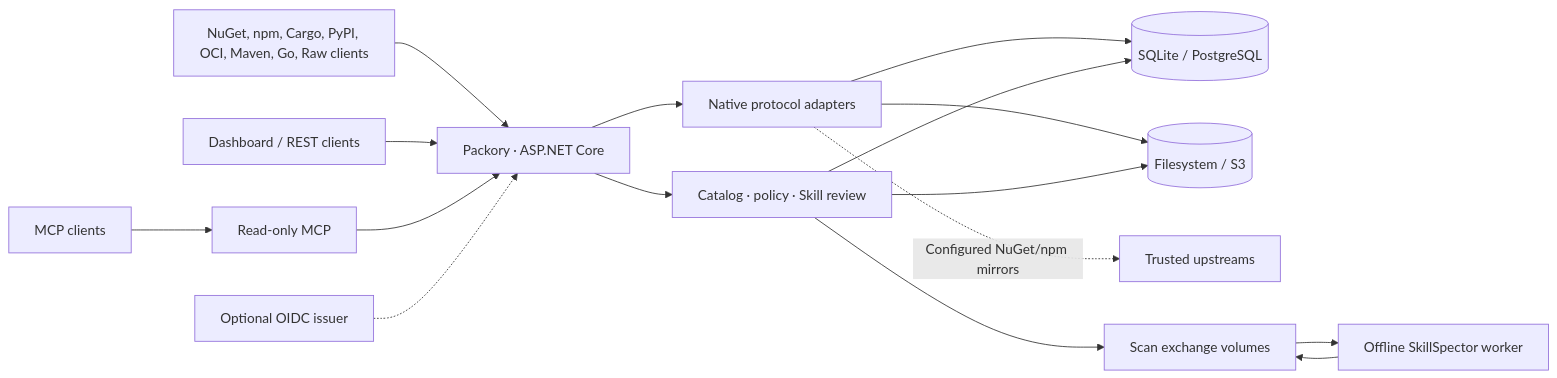
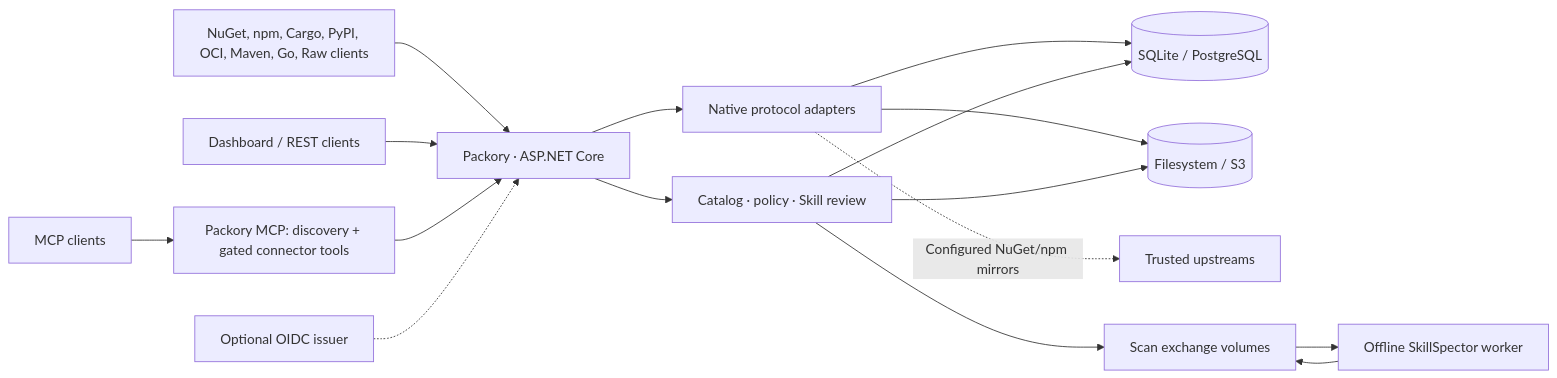
Before and after one commit to Cenn0/Packory: the diagram in README.md, drawn with Mermaid. The commit also changed other lines of this file, not shown here.

Commit message:
docs(mcp): link managed connector feature from public entry points

````diff
--- a/README.md
+++ b/README.md
@@ -107,18 +108,18 @@
 ```mermaid
 flowchart LR
     Native["NuGet, npm, Cargo, PyPI, OCI, Maven, Go, Raw clients"] --> App["Packory · ASP.NET Core"]
     Browser["Dashboard / REST clients"] --> App
-    MCP["MCP clients"] --> API["Read-only MCP"]
+    MCP["MCP clients"] --> API["Packory MCP: discovery + gated connector tools"]
     API --> App
     OIDC["Optional OIDC issuer"] -.-> App
     App --> Registry["Native protocol adapters"]
     App --> Core["Catalog · policy · Skill review"]
     Registry --> DB[("SQLite / PostgreSQL")]
     Core --> DB
     Registry --> Blob[("Filesystem / S3")]
     Core --> Blob
     Registry -. "Configured NuGet/npm mirrors" .-> Upstream["Trusted upstreams"]
     Core --> Exchange["Scan exchange volumes"]
     Exchange --> Scanner["Offline SkillSpector worker"]
     Scanner --> Exchange
 ```
````
